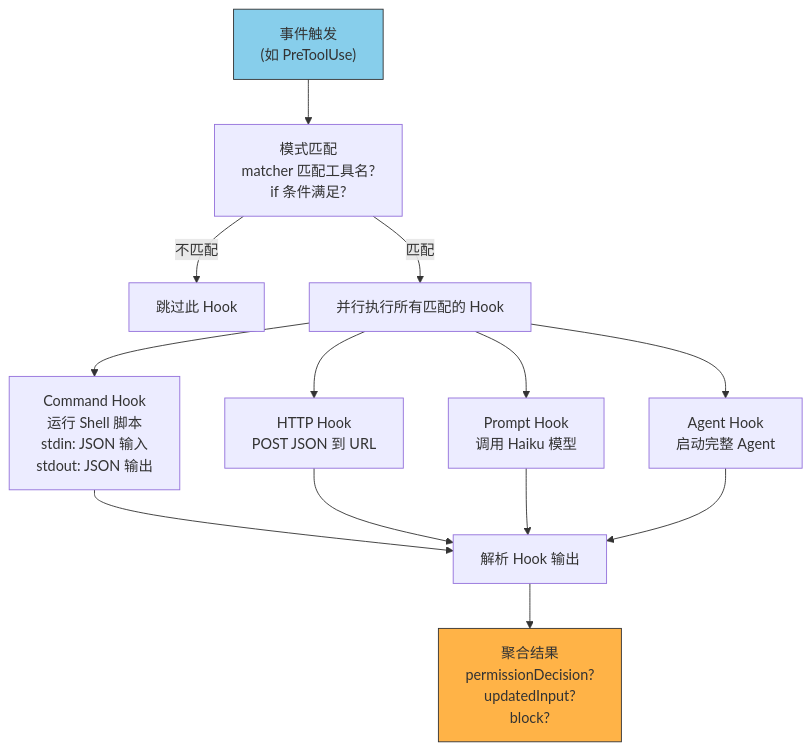
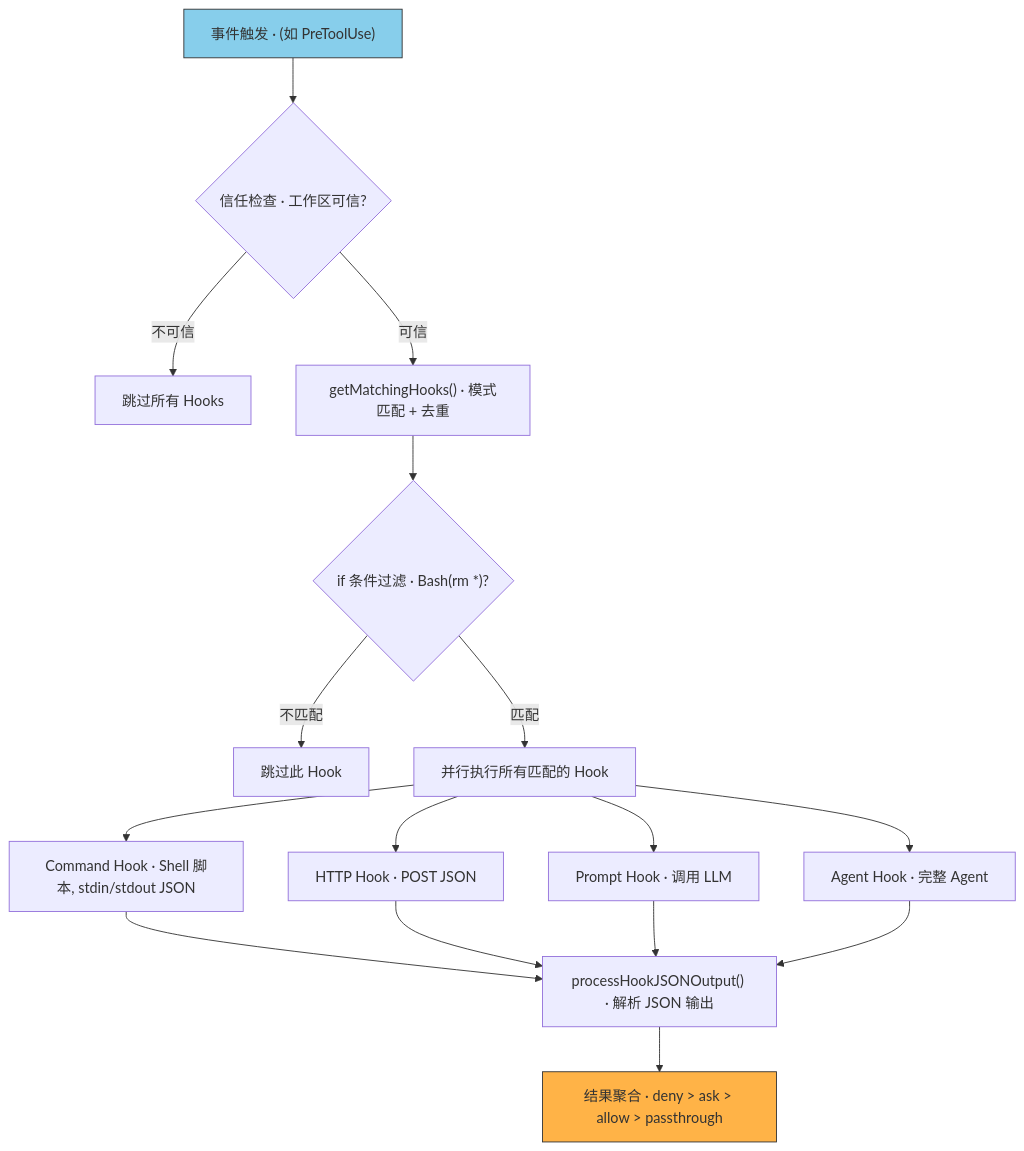
One commit to turf0909/sleep-code changed diagram 11 of 30 in CLAUDE_CODE_BOOK.md. Above: the diagram before and after it, drawn with Mermaid. The commit also changed other lines of this file, not shown here.

First line of the commit message:
docs: major expansion and fact-check of Claude Code architecture book

````diff
--- a/CLAUDE_CODE_BOOK.md
+++ b/CLAUDE_CODE_BOOK.md
@@ -1346,21 +1536,24 @@
 ```mermaid
 flowchart TD
-    EVENT["事件触发<br/>(如 PreToolUse)"] --> MATCH["模式匹配<br/>matcher 匹配工具名?<br/>if 条件满足?"]
-    MATCH -->|"不匹配"| SKIP["跳过此 Hook"]
-    MATCH -->|"匹配"| EXEC["并行执行所有匹配的 Hook"]
+    EVENT["事件触发 · (如 PreToolUse)"] --> TRUST{"信任检查 · 工作区可信?"}
+    TRUST -->|"不可信"| SKIP0["跳过所有 Hooks"]
+    TRUST -->|"可信"| MATCH["getMatchingHooks() · 模式匹配 + 去重"]
+    MATCH --> IF{"if 条件过滤 · Bash(rm *)?"}
+    IF -->|"不匹配"| SKIP["跳过此 Hook"]
+    IF -->|"匹配"| EXEC["并行执行所有匹配的 Hook"]
     
-    EXEC --> CMD["Command Hook<br/>运行 Shell 脚本<br/>stdin: JSON 输入<br/>stdout: JSON 输出"]
-    EXEC --> HTTP["HTTP Hook<br/>POST JSON 到 URL"]
-    EXEC --> PROMPT["Prompt Hook<br/>调用 Haiku 模型"]
-    EXEC --> AGENT["Agent Hook<br/>启动完整 Agent"]
+    EXEC --> CMD["Command Hook · Shell 脚本, stdin/stdout JSON"]
+    EXEC --> HTTP["HTTP Hook · POST JSON"]
+    EXEC --> PROMPT["Prompt Hook · 调用 LLM"]
+    EXEC --> AGENT["Agent Hook · 完整 Agent"]
     
-    CMD --> PARSE["解析 Hook 输出"]
+    CMD --> PARSE["processHookJSONOutput() · 解析 JSON 输出"]
     HTTP --> PARSE
     PROMPT --> PARSE
     AGENT --> PARSE
     
-    PARSE --> RESULT["聚合结果<br/>permissionDecision?<br/>updatedInput?<br/>block?"]
+    PARSE --> AGG["结果聚合 · deny > ask > allow > passthrough"]
 
     style EVENT fill:#87CEEB,stroke:#333,color:#333
-    style RESULT fill:#FFB347,stroke:#333,color:#333
+    style AGG fill:#FFB347,stroke:#333,color:#333
 ```
````
